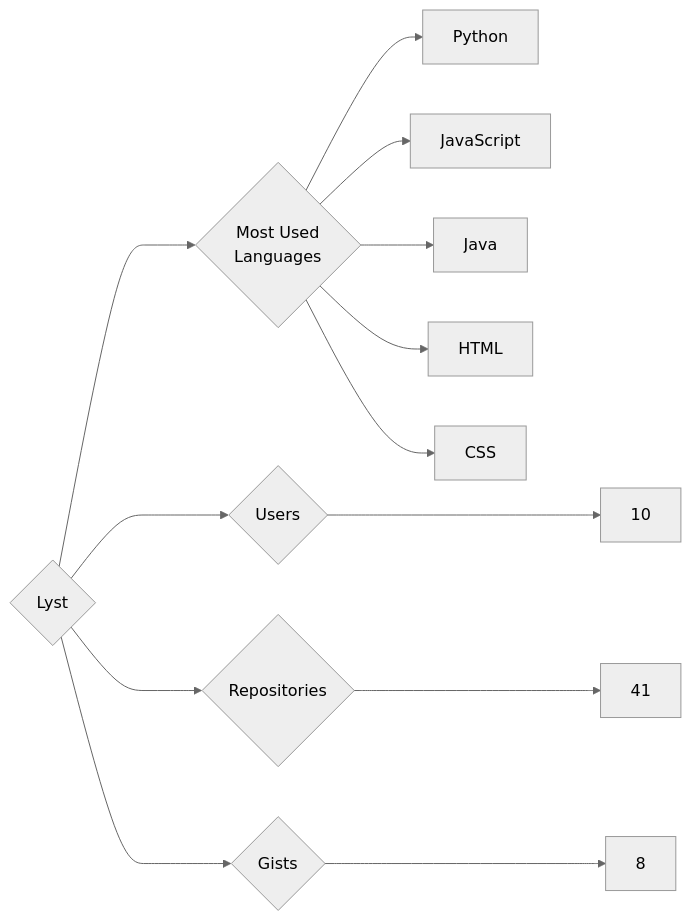
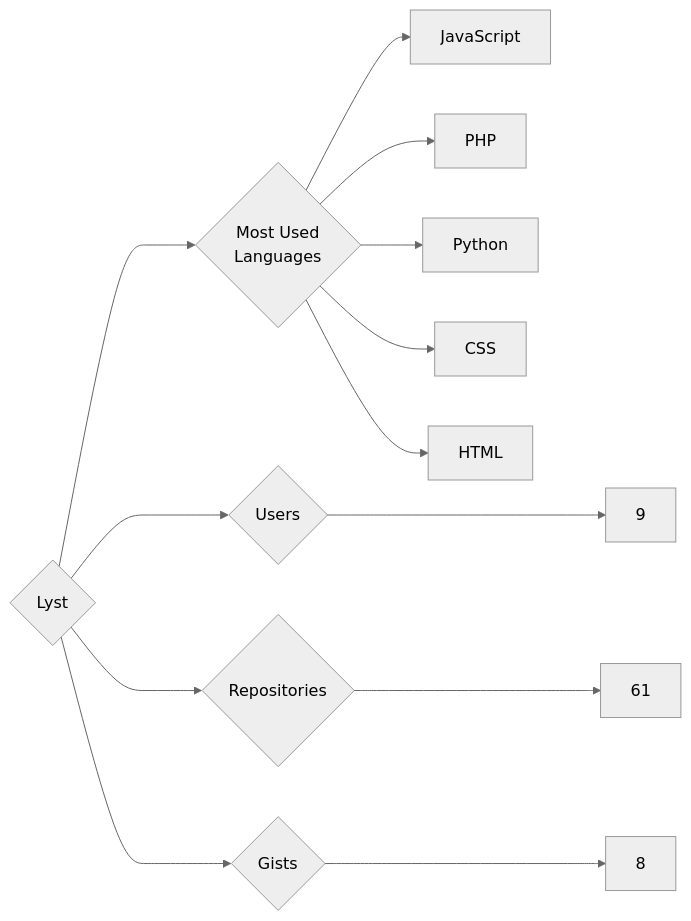
Before and after one commit to trickest/insiders: the diagram in targets/Lyst/README.md, drawn with Mermaid (neutral theme). The commit also changed 847 other files, not shown here.

````diff
--- a/targets/Lyst/README.md
+++ b/targets/Lyst/README.md
@@ -3,13 +3,13 @@
 ```mermaid
 graph LR
 COMPANY_NAME{Lyst}
-COMPANY_NAME ---> U{Users} ---> UN[10]
-COMPANY_NAME ---> R{Repositories} ---> RN[41]
+COMPANY_NAME ---> U{Users} ---> UN[9]
+COMPANY_NAME ---> R{Repositories} ---> RN[61]
 COMPANY_NAME ---> G{Gists} ---> GN[8]
 COMPANY_NAME ---> ML{Most Used<br>Languages}
+ML --> JavaScript[JavaScript]
+ML --> PHP[PHP]
 ML --> Python[Python]
-ML --> JavaScript[JavaScript]
-ML --> Java[Java]
+ML --> CSS[CSS]
 ML --> HTML[HTML]
-ML --> CSS[CSS]
 ```
````
